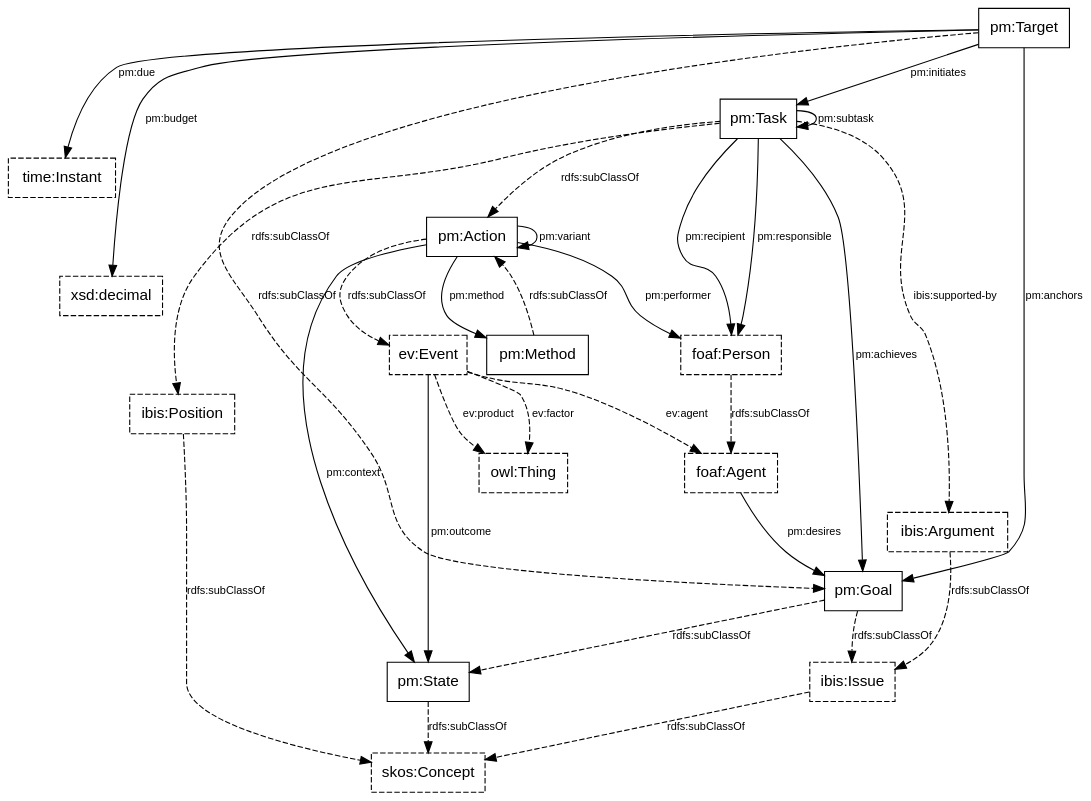
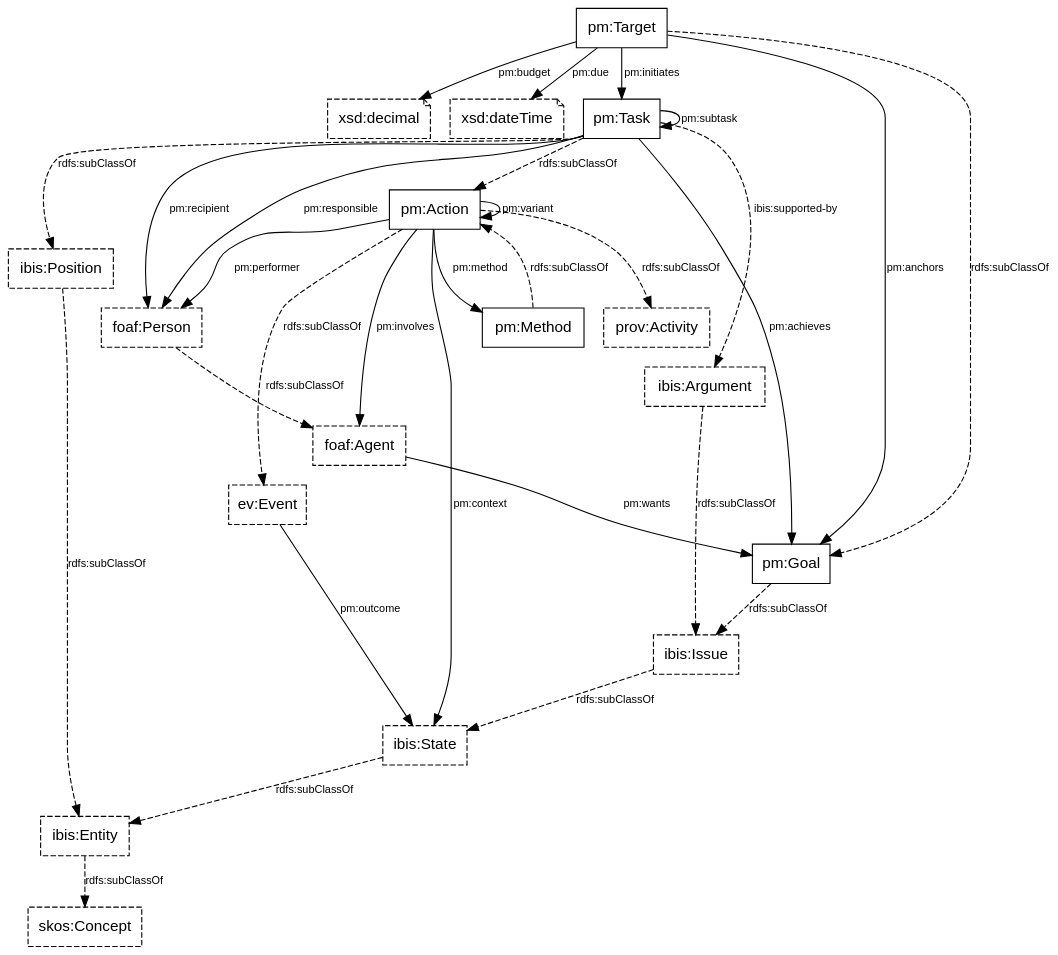
The diagram in process-model-example.dot (doriantaylor/owl-process-model), drawn with Graphviz before and after one commit. The commit also changed 4 other files, not shown here.

```diff
--- a/process-model-example.dot
+++ b/process-model-example.dot
@@ -1,151 +1,68 @@
 digraph {
     graph [bgcolor=transparent,overlap=false];
-    node [shape=box,color="#000000",fontcolor="#000000",fontname="Lucida Grande, Lucida Sans Unicode, sans-serif"];
-    edge [color="#000000",fontcolor="#000000",fontname="Lucida Grande, Lucida Sans Unicode, sans-serif"];
-    //node [shape=box,color="black",fontcolor="black",fontname="Lucida Grande, Lucida Sans Unicode, sans-serif"];
-    //edge [color="black",fontcolor="black",fontname="Lucida Grande, Lucida Sans Unicode, sans-serif"];
+    node [shape=box,color="#000000",fontcolor="#000000",fontname="Lucida Grande, Lucida Sans Unicode, sans-serif",target="_parent"];
+    edge [fontsize=10,concentrate=true,color="#000000",fontcolor="#000000",fontname="Lucida Grande, Lucida Sans Unicode, sans-serif"];
 
-    foaf_Person [label="foaf:Person", style=dashed];
-    foaf_Agent [label="foaf:Agent", style=dashed];
-    skos_Concept [label="skos:Concept", style=dashed];
-    ev_Event [label="ev:Event", style=dashed];
-    //xsd_dateTime [label="xsd:dateTime", style=dashed];
-    
     subgraph {
-        //graph [rank=same];
-        ibis_Issue [label="ibis:Issue", style=dashed];
-        ibis_Position [label="ibis:Position", style=dashed];
-        ibis_Argument [label="ibis:Argument", style=dashed];
+        node [style=dashed];
+        ev_Event      [label="ev:Event", href="http://motools.sourceforge.net/event/event.html#term_Event"];
+        foaf_Agent    [label="foaf:Agent", href="http://xmlns.com/foaf/spec/#term_Agent"];
+        foaf_Person   [label="foaf:Person", href="http://xmlns.com/foaf/spec/#term_Person"];
+        ibis_Argument [label="ibis:Argument", href="https://vocab.methodandstructure.com/ibis#Argument"];
+        ibis_Entity   [label="ibis:Entity", href="https://vocab.methodandstructure.com/ibis#Entity"];
+        ibis_Issue    [label="ibis:Issue", href="https://vocab.methodandstructure.com/ibis#Issue"];
+        ibis_Position [label="ibis:Position" href="https://vocab.methodandstructure.com/ibis#Position"];
+        ibis_State    [label="ibis:State", href="https://vocab.methodandstructure.com/ibis#State"];
+        // owl_Thing     [label="owl:Thing", style=dashed];
+        prov_Activity [label="prov:Activity", href="https://www.w3.org/TR/prov-o/#Activity"];
+        skos_Concept  [label="skos:Concept", href="https://www.w3.org/TR/skos-reference/#concepts"];
+	// time_Instant [label="time:Instant", style=dashed];
     }
+
     subgraph {
-     ///   graph [rank=same];
-     time_Instant [label="time:Instant", style=dashed];
-        //time_DurationDescription [label="time:DurationDescription", style=dashed];
+        node [shape=note,style=dashed];
+        xsd_decimal [label="xsd:decimal"];
+        xsd_dateTime [label="xsd:dateTime"];
     }
-    owl_Thing [label="owl:Thing", style=dashed];
-    xsd_decimal [label="xsd:decimal", style=dashed];
-    
-    pm_State [label="pm:State"];
-    pm_Goal [label="pm:Goal"];
+
+    pm_Goal   [label="pm:Goal"];
     pm_Target [label="pm:Target"];
     pm_Action [label="pm:Action"];
-    pm_Task [label="pm:Task"];
+    pm_Task   [label="pm:Task"];
     pm_Method [label="pm:Method"];
-    
+
     subgraph {
-        edge [fontsize=10,concentrate=true];
-        //ibis_Issue -> ibis_Issue [label="ibis:specializes"];
-        //ibis_Issue -> ibis_Issue [label="ibis:generalizes"];
-        //ibis_Issue -> ibis_Issue [label="ibis:replaces"];
-        //ibis_Issue -> ibis_Issue [label="ibis:generalizes"];
-        
-        subgraph {
-            edge [label="rdfs:subClassOf", style=dashed];
-            pm_Target -> pm_Goal -> pm_State -> skos_Concept;
-            pm_Goal -> ibis_Issue -> skos_Concept;
-            pm_Method -> pm_Action;
-            pm_Task -> pm_Action -> ev_Event;
-            pm_Task -> ibis_Position -> skos_Concept;
-            ibis_Argument -> ibis_Issue;
-            foaf_Person -> foaf_Agent;
-        }
-        subgraph {
-            edge [label="ibis:supported-by", style=dashed];
-            pm_Task -> ibis_Argument;
-        }
-        subgraph {
-            edge [label="ev:factor", style=dashed];
-            ev_Event -> owl_Thing;
-        }
-        subgraph {
-            edge [label="ev:product", style=dashed];
-            ev_Event -> owl_Thing;
-        }
-        subgraph {
-            edge [label="ev:agent", style=dashed];
-            ev_Event -> foaf_Agent;
-        }
-        
-        //
-        subgraph {
-            edge [label="pm:anchors", weight=5];
-            pm_Target -> pm_Goal;
-        }
-        subgraph {
-            edge [label="pm:achieves"];
-            pm_Task -> pm_Goal;
-        }
-        subgraph {
-            edge [label="pm:subtask"];
-            pm_Task -> pm_Task;
-        }
-        subgraph {
-            edge [label="pm:initiates"];
-            pm_Target -> pm_Task;
-        }
-        subgraph {
-            edge [label="pm:due", weight=0.5];
-            pm_Target -> time_Instant;
-        }
-        subgraph {
-            edge [label="pm:budget", weight=0.5];
-            pm_Target -> xsd_decimal;
-        }
-        subgraph {
-            edge [label="pm:desires"];
-            //pm_Goal -> foaf_Agent;
-            foaf_Agent -> pm_Goal;
-        }
-        subgraph {
-            edge [label="pm:context"];
-            pm_Action -> pm_State;
-        }
-        subgraph {
-            edge [label="pm:outcome"];
-            ev_Event -> pm_State;
-        }
-        subgraph {
-            edge [label="pm:performer"];
-            pm_Action -> foaf_Person;
-        }
-        subgraph {
-            edge [label="pm:responsible"];
-            pm_Task -> foaf_Person;
-        }
-        subgraph {
-            edge [label="pm:recipient"];
-            pm_Task -> foaf_Person;
-        }
-        subgraph {
-            edge [label="pm:method"];
-            pm_Action -> pm_Method;
-        }
-        subgraph {
-            edge [label="pm:variant"];
-            pm_Action -> pm_Action;
-        }
+        edge [label="rdfs:subClassOf", style=dashed];
+        foaf_Person -> foaf_Agent;
+        ibis_Argument -> ibis_Issue -> ibis_State -> ibis_Entity -> skos_Concept;
+        pm_Action -> prov_Activity;
+        pm_Method -> pm_Action;
+        pm_Target -> pm_Goal -> ibis_Issue;
+        pm_Task -> ibis_Position -> ibis_Entity;
+        pm_Task -> pm_Action -> ev_Event;
+    }
 
-        /*
-        subgraph {
-            edge [label="pm:context"];
-            pm_Action -> owl_Thing;
-        }*/
-        /*
-        subgraph {
-            edge [label="pm:expected-duration"];
-            pm_Task -> time_DurationDescription;
-        }
-        subgraph {
-            edge [label="pm:actual-duration"];
-            pm_Task -> time_DurationDescription;
-        }
-        subgraph {
-            edge [label="pm:expected-result"];
-            pm_Task -> owl_Thing;
-        }
-        subgraph {
-            edge [label="pm:actual-result"];
-            pm_Task -> owl_Thing;
-        }*/
+    subgraph {
+        edge [style=dashed];
+        pm_Task -> ibis_Argument [label="ibis:supported-by"];
+        // ev_Event -> owl_Thing [label="ev:factor"];
+        // ev_Event -> owl_Thing [label="ev:product"];
+        // ev_Event -> foaf_Agent [label="ev:agent"];
     }
+
+    ev_Event   -> ibis_State   [label="pm:outcome"];
+    foaf_Agent -> pm_Goal      [label="pm:wants"];
+    pm_Action  -> foaf_Agent   [label="pm:involves"];
+    pm_Action  -> foaf_Person  [label="pm:performer"];
+    pm_Action  -> ibis_State   [label="pm:context"];
+    pm_Action  -> pm_Action    [label="pm:variant"];
+    pm_Action  -> pm_Method    [label="pm:method"];
+    pm_Target  -> pm_Goal      [label="pm:anchors", weight=1];
+    pm_Target  -> pm_Task      [label="pm:initiates"];
+    pm_Target  -> xsd_dateTime [label="pm:due", weight=1];
+    pm_Target  -> xsd_decimal  [label="pm:budget", weight=1];
+    pm_Task    -> foaf_Person  [label="pm:recipient"];
+    pm_Task    -> foaf_Person  [label="pm:responsible"];
+    pm_Task    -> pm_Goal      [label="pm:achieves"];
+    pm_Task    -> pm_Task      [label="pm:subtask"];
 }
```
